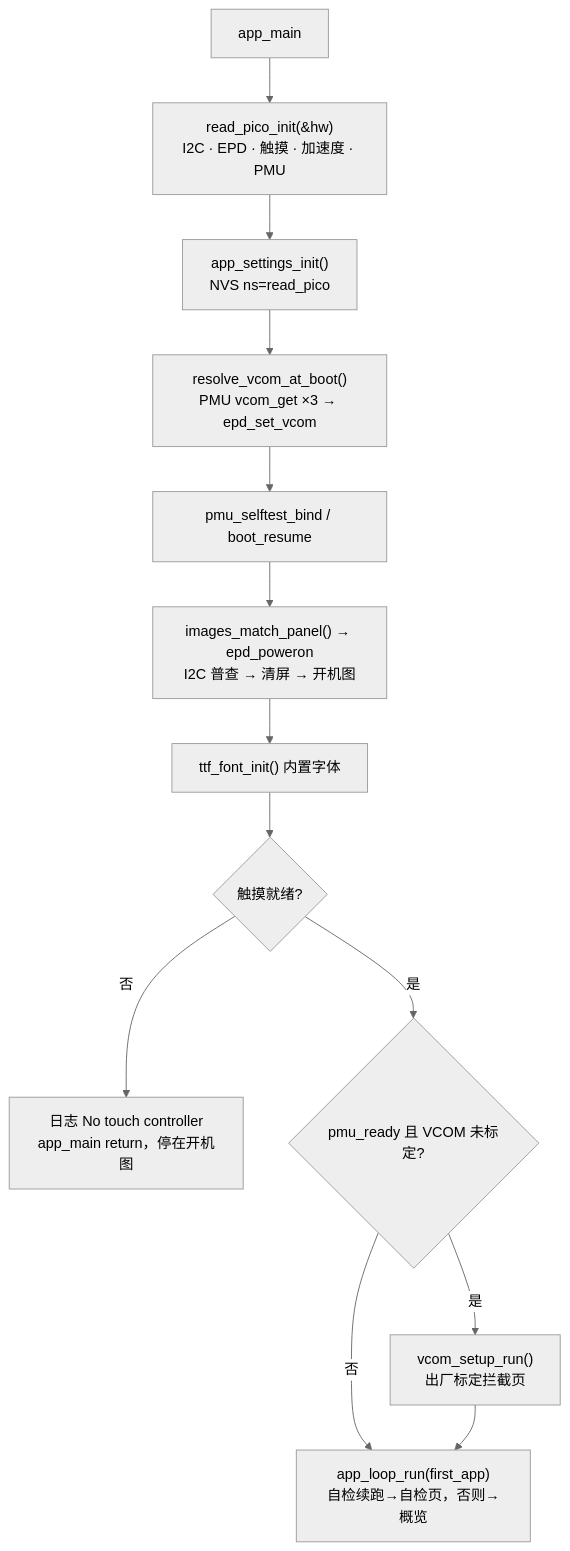
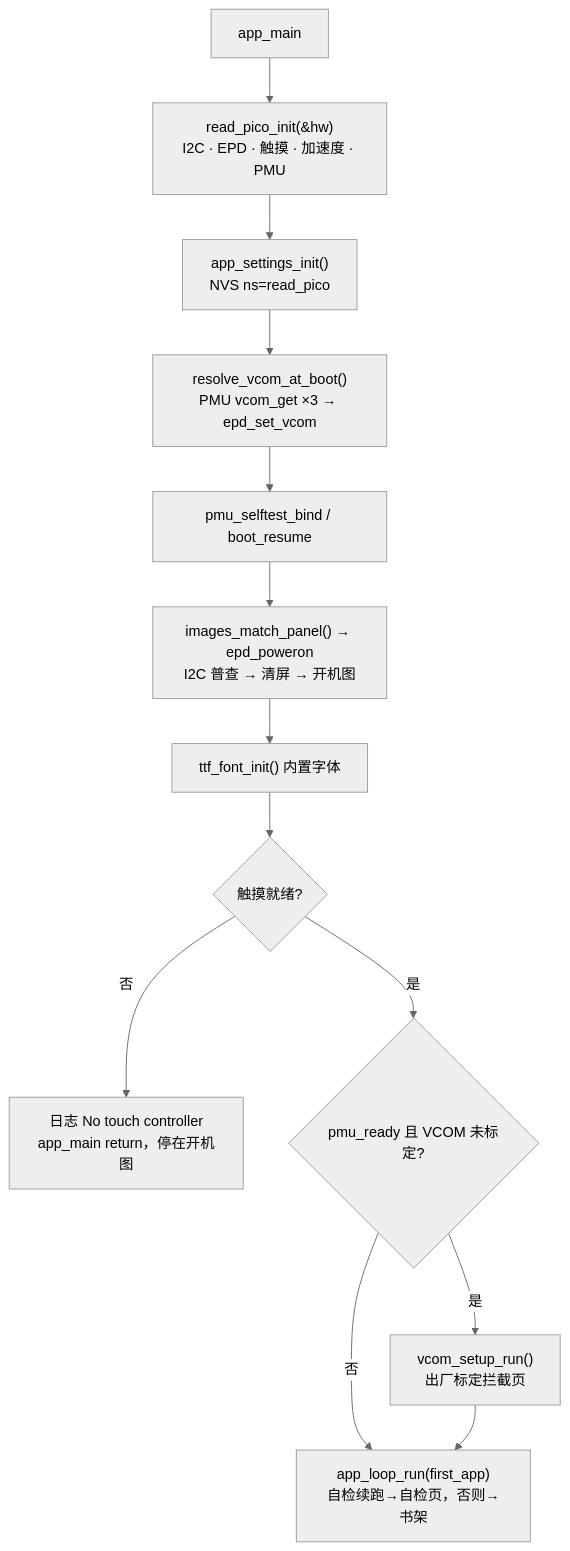
Before and after one commit to leo123d/read-firmware: the diagram in docs/ONBOARDING.md, drawn with Mermaid (neutral theme). The commit also changed other lines of this file and 5 other files, not shown here.

````diff
--- a/docs/ONBOARDING.md
+++ b/docs/ONBOARDING.md
@@ -242,15 +242,15 @@
 ```mermaid
 flowchart TD
   A[app_main] --> B["read_pico_init(&hw)<br/>I2C · EPD · 触摸 · 加速度 · PMU"]
   B --> C["app_settings_init()<br/>NVS ns=read_pico"]
   C --> D["resolve_vcom_at_boot()<br/>PMU vcom_get ×3 → epd_set_vcom"]
   D --> E["pmu_selftest_bind / boot_resume"]
   E --> F["images_match_panel() → epd_poweron<br/>I2C 普查 → 清屏 → 开机图"]
   F --> G["ttf_font_init() 内置字体"]
   G --> H{触摸就绪?}
   H -- 否 --> X["日志 No touch controller<br/>app_main return，停在开机图"]
   H -- 是 --> I{pmu_ready 且 VCOM 未标定?}
   I -- 是 --> J["vcom_setup_run()<br/>出厂标定拦截页"]
-  I -- 否 --> K["app_loop_run(first_app)<br/>自检续跑→自检页，否则→概览"]
+  I -- 否 --> K["app_loop_run(first_app)<br/>自检续跑→自检页，否则→书架"]
   J --> K
 ```
````
